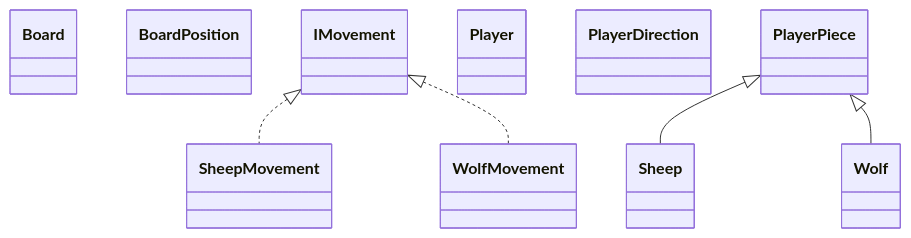
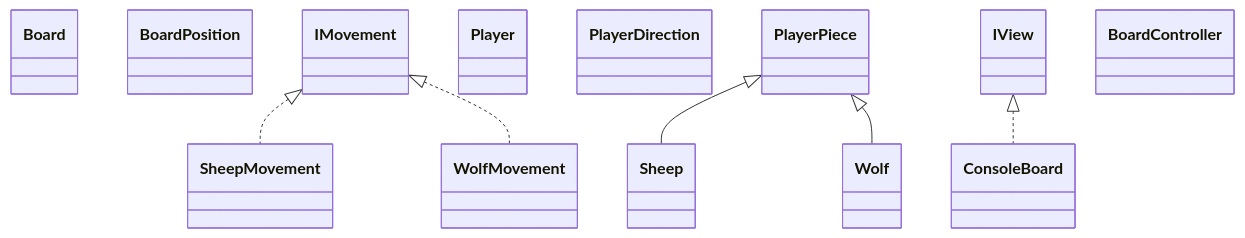
The diagram in README.md (RicardoMota22/ProjDeRecurso), drawn with Mermaid before and after one commit.

Commit message:
add check if mermaid example of actual project works.pt3

````diff
--- a/README.md
+++ b/README.md
@@ -41,46 +41,58 @@
 ```mermaid
 classDiagram
     class Board {
         
     }
 
     class BoardPosition {
         
     }
     class IMovement {
         
     }
     class Player {
         
     }
 
     class PlayerDirection {
         
     }
 
     class PlayerPiece {
         
     }
 
     class Sheep {
         
     }
 
     class SheepMovement {
         
     }
     class Wolf {
         
     }
     class WolfMovement {
         
     }
 
+    class ConsoleBoard {
+        
+    }
+    class IView {
+        
+    }
+    class BoardController {
+        
+    }
+
     PlayerPiece <|-- Sheep
     PlayerPiece <|-- Wolf
 
     IMovement <|.. SheepMovement
     IMovement <|.. WolfMovement
 
+    IView <|.. ConsoleBoard
+
 
 ```
````
